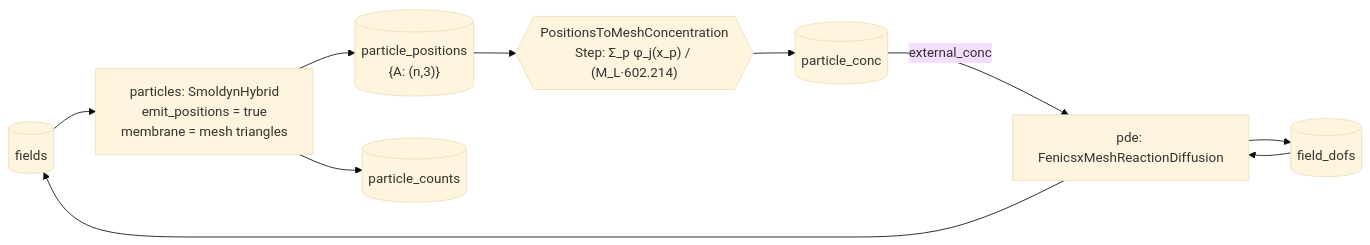
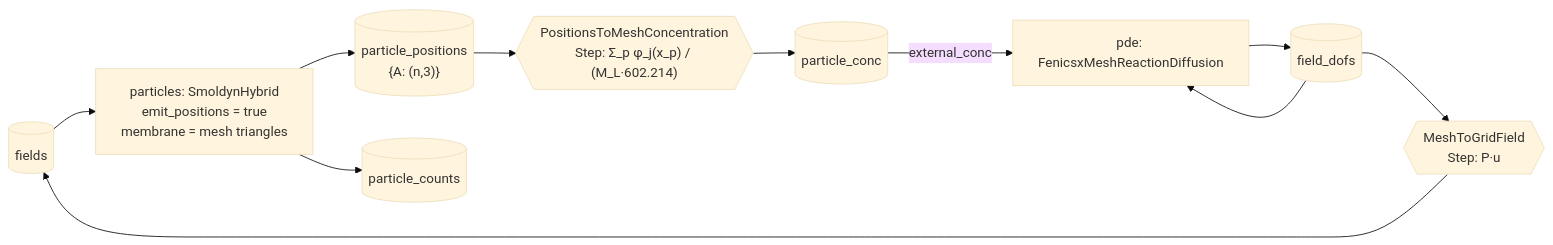
The fifth of 7 diagrams in docs/DESIGN.md (vivarium-collective/viva-pde-particle), drawn with Mermaid (base theme) before and after one commit. The commit also changed other lines of this file and 10 other files, not shown here.

First line of the commit message:
feat(phase7b): PDE -> particle field adapter as a Step; grid-free mesh engine

````diff
--- a/docs/DESIGN.md
+++ b/docs/DESIGN.md
@@ -516,12 +521,13 @@
 ```mermaid
 flowchart LR
   F[("fields")] --> PART["particles: SmoldynHybrid<br/>emit_positions = true<br/>membrane = mesh triangles"]
   PART --> P[("particle_positions<br/>{A: (n,3)}")]
   PART --> C[("particle_counts")]
   P --> S{{"PositionsToMeshConcentration<br/>Step: Σ_p φ_j(x_p) / (M_L·602.214)"}}
   S --> PC[("particle_conc")]
   PC -- external_conc --> PDE["pde: FenicsxMeshReactionDiffusion"]
   D[("field_dofs")] --> PDE
   PDE --> D
-  PDE --> F
+  D --> S3{{"MeshToGridField<br/>Step: P·u"}}
+  S3 --> F
 ```
````
